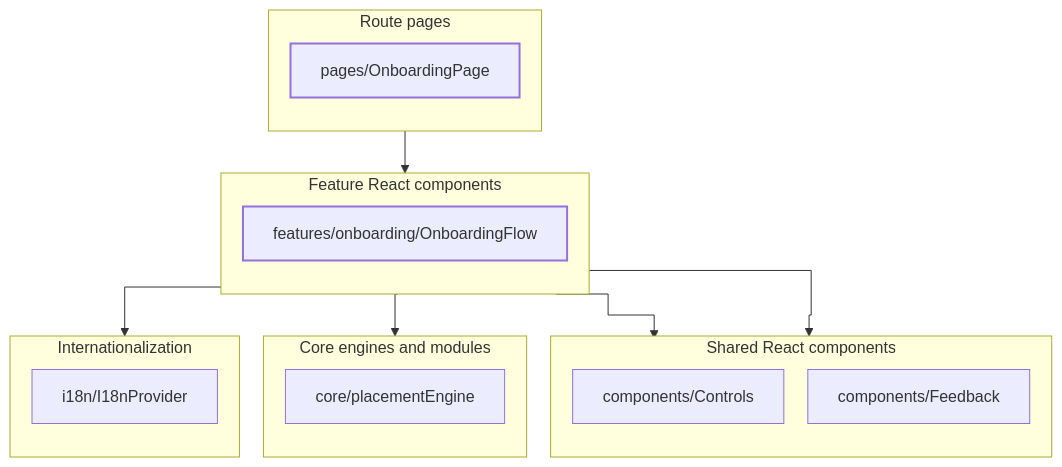
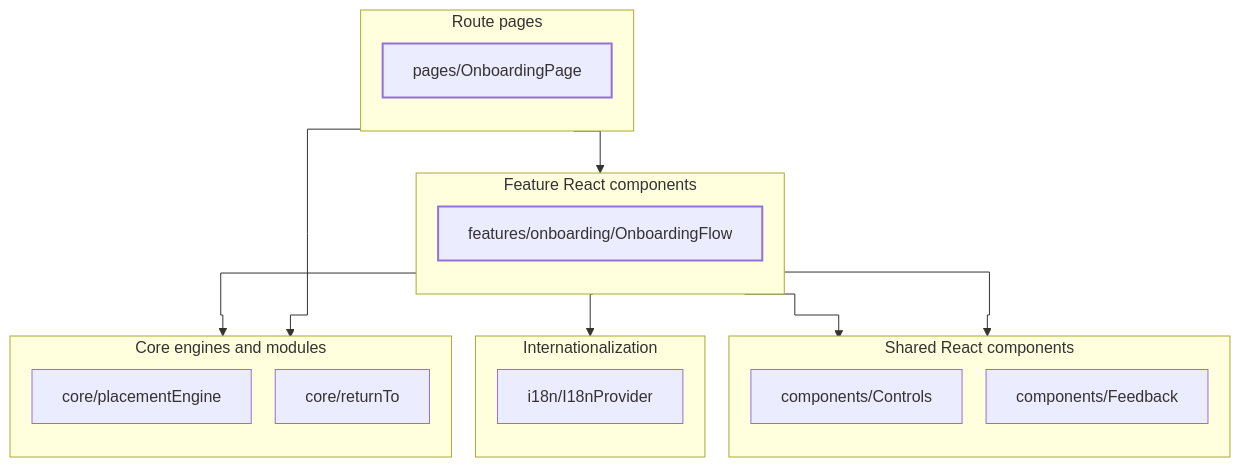
Before and after one commit to temsahak-rgb/Dino-5monde: the fifth of 9 diagrams in docs/dependency-graph.md, drawn with Mermaid. The commit also changed other lines of this file, not shown here.

Commit message:
docs: update dependency graph [skip ci]

````diff
--- a/docs/dependency-graph.md
+++ b/docs/dependency-graph.md
@@ -300,31 +328,33 @@
 ```mermaid
 %%{init: {"flowchart": {"curve": "stepAfter", "nodeSpacing": 24, "rankSpacing": 42}}}%%
 flowchart TB
     classDef focus stroke-width:2px
     subgraph S5["Route pages"]
         direction TB
         M0["pages/OnboardingPage"]:::focus
     end
     subgraph S6["Shared React components"]
         direction TB
         M1["components/Controls"]
         M2["components/Feedback"]
     end
     subgraph S7["Feature React components"]
         direction TB
         M3["features/onboarding/OnboardingFlow"]:::focus
     end
     subgraph S9["Core engines and modules"]
         direction TB
         M4["core/placementEngine"]
+        M5["core/returnTo"]
     end
     subgraph S10["Internationalization"]
         direction TB
-        M5["i18n/I18nProvider"]
+        M6["i18n/I18nProvider"]
     end
     M3 --> M4
-    M3 --> M5
+    M3 --> M6
     M3 --> M1
     M3 --> M2
+    M0 --> M5
     M0 --> M3
 ```
````
